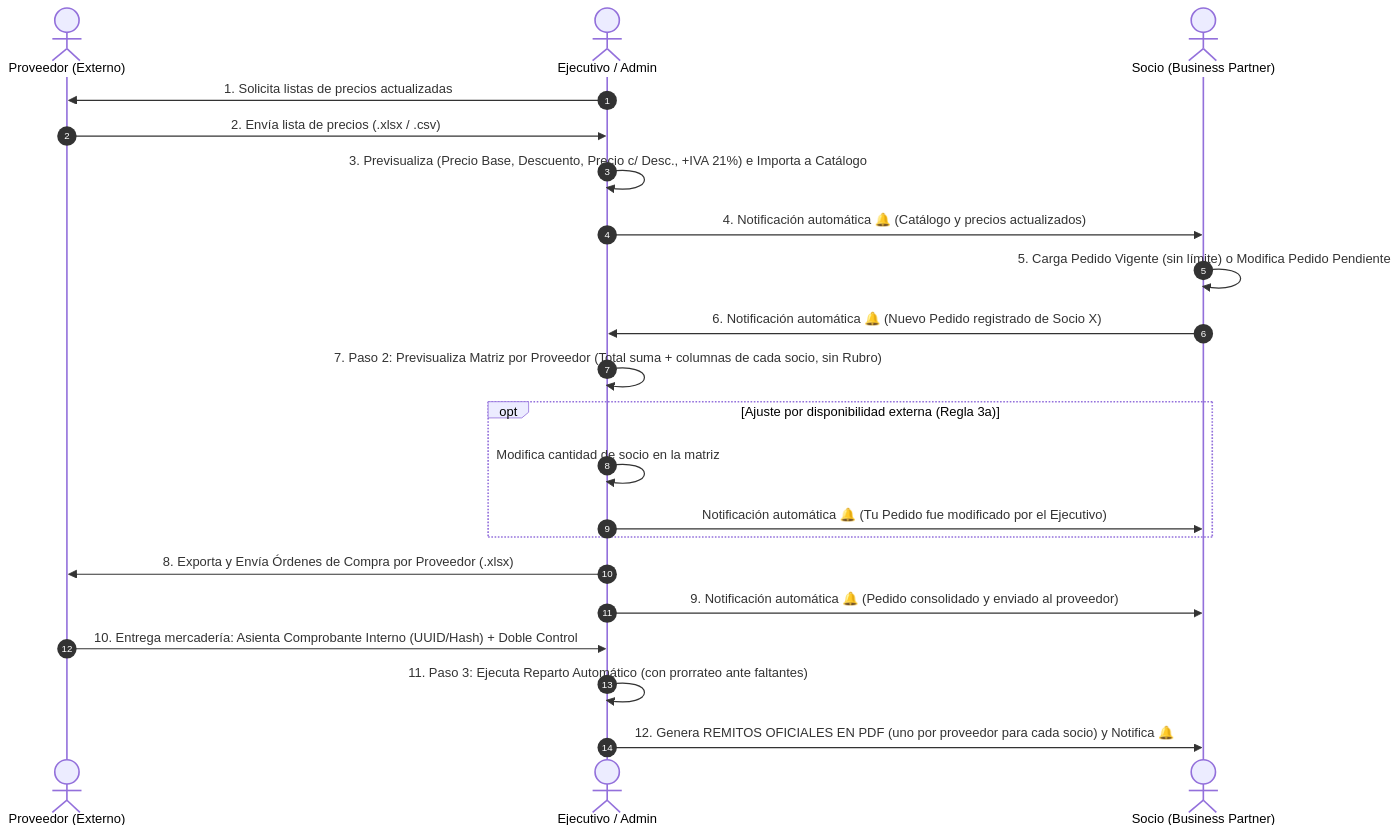
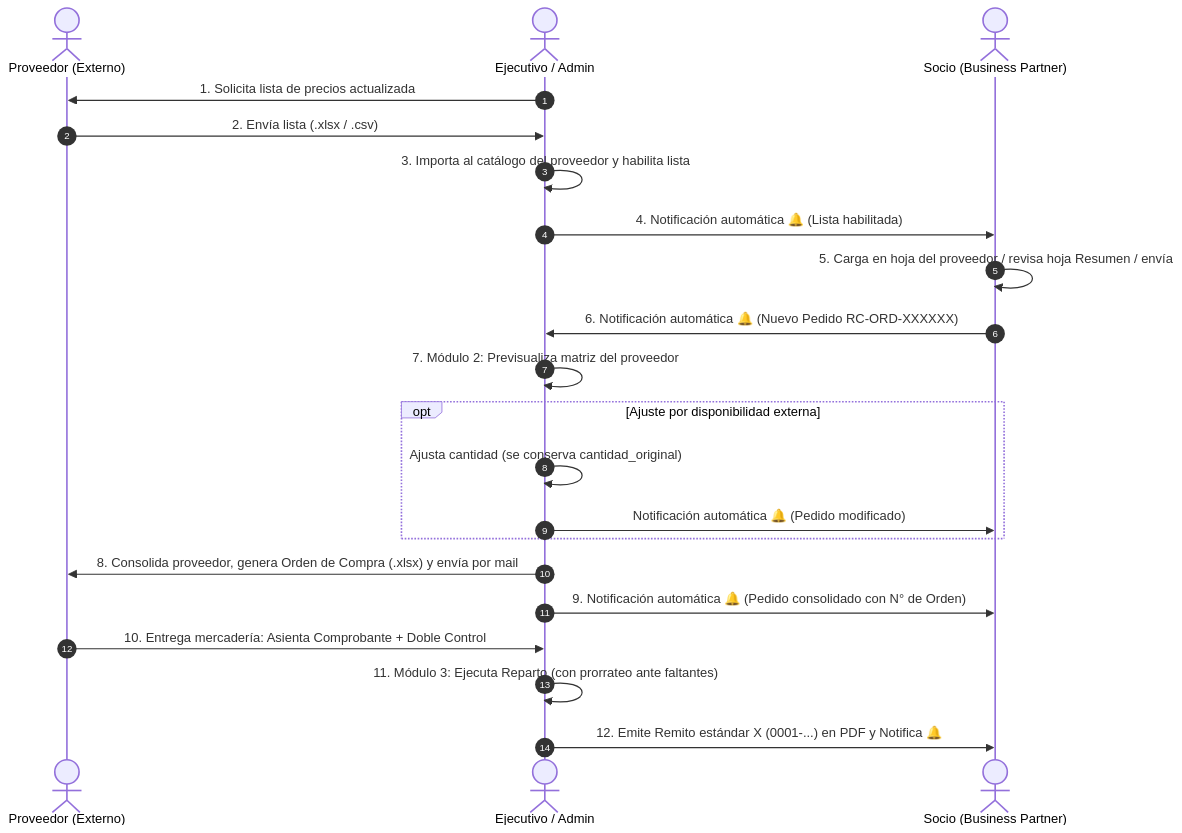
Before and after one commit to benitezluciano/rosario-compras-sistema: the diagram in WALKTHROUGH.md, drawn with Mermaid. The commit also changed other lines of this file and 36 other files, not shown here.

Commit message:
feat: implement multi-supplier purchasing circuit with consolidated orders, PDF remitos, and socio history

````diff
--- a/WALKTHROUGH.md
+++ b/WALKTHROUGH.md
@@ -9,24 +9,24 @@
 ```mermaid
 sequenceDiagram
     autonumber
     actor Prov as Proveedor (Externo)
     actor Ejec as Ejecutivo / Admin
     actor Socio as Socio (Business Partner)
 
-    Ejec->>Prov: 1. Solicita listas de precios actualizadas
-    Prov->>Ejec: 2. Envía lista de precios (.xlsx / .csv)
-    Ejec->>Ejec: 3. Previsualiza (Precio Base, Descuento, Precio c/ Desc., +IVA 21%) e Importa a Catálogo
-    Ejec->>Socio: 4. Notificación automática 🔔 (Catálogo y precios actualizados)
-    Socio->>Socio: 5. Carga Pedido Vigente (sin límite) o Modifica Pedido Pendiente
-    Socio->>Ejec: 6. Notificación automática 🔔 (Nuevo Pedido registrado de Socio X)
-    Ejec->>Ejec: 7. Paso 2: Previsualiza Matriz por Proveedor (Total suma + columnas de cada socio, sin Rubro)
-    opt Ajuste por disponibilidad externa (Regla 3a)
-        Ejec->>Ejec: Modifica cantidad de socio en la matriz
-        Ejec->>Socio: Notificación automática 🔔 (Tu Pedido fue modificado por el Ejecutivo)
+    Ejec->>Prov: 1. Solicita lista de precios actualizada
+    Prov->>Ejec: 2. Envía lista (.xlsx / .csv)
+    Ejec->>Ejec: 3. Importa al catálogo del proveedor y habilita lista
+    Ejec->>Socio: 4. Notificación automática 🔔 (Lista habilitada)
+    Socio->>Socio: 5. Carga en hoja del proveedor / revisa hoja Resumen / envía
+    Socio->>Ejec: 6. Notificación automática 🔔 (Nuevo Pedido RC-ORD-XXXXXX)
+    Ejec->>Ejec: 7. Módulo 2: Previsualiza matriz del proveedor
+    opt Ajuste por disponibilidad externa
+        Ejec->>Ejec: Ajusta cantidad (se conserva cantidad_original)
+        Ejec->>Socio: Notificación automática 🔔 (Pedido modificado)
     end
-    Ejec->>Prov: 8. Exporta y Envía Órdenes de Compra por Proveedor (.xlsx)
-    Ejec->>Socio: 9. Notificación automática 🔔 (Pedido consolidado y enviado al proveedor)
-    Prov->>Ejec: 10. Entrega mercadería: Asienta Comprobante Interno (UUID/Hash) + Doble Control
-    Ejec->>Ejec: 11. Paso 3: Ejecuta Reparto Automático (con prorrateo ante faltantes)
-    Ejec->>Socio: 12. Genera REMITOS OFICIALES EN PDF (uno por proveedor para cada socio) y Notifica 🔔
+    Ejec->>Prov: 8. Consolida proveedor, genera Orden de Compra (.xlsx) y envía por mail
+    Ejec->>Socio: 9. Notificación automática 🔔 (Pedido consolidado con N° de Orden)
+    Prov->>Ejec: 10. Entrega mercadería: Asienta Comprobante + Doble Control
+    Ejec->>Ejec: 11. Módulo 3: Ejecuta Reparto (con prorrateo ante faltantes)
+    Ejec->>Socio: 12. Emite Remito estándar X (0001-...) en PDF y Notifica 🔔
 ```
````
